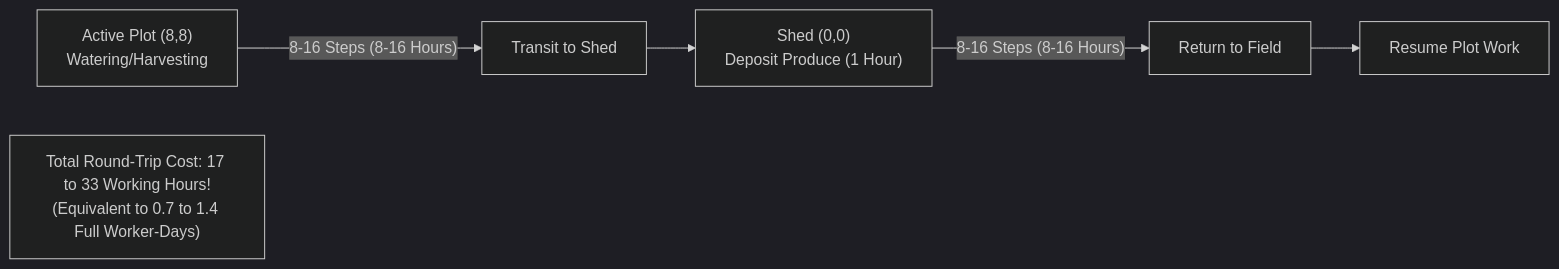
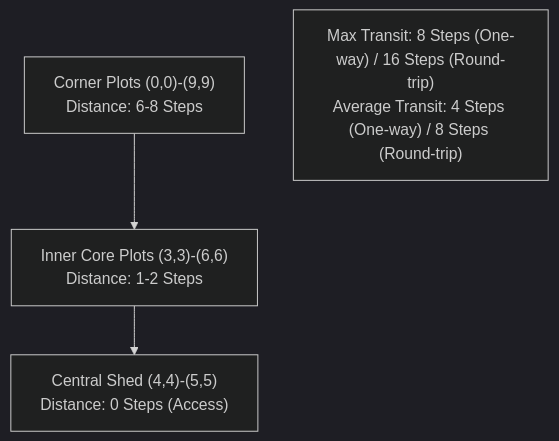
Before and after one commit to aaryasj0310-stack/farm: the diagram in docs/p61c_worker_deposit_feasibility.md, drawn with Mermaid (dark theme). The commit also changed other lines of this file and 10 other files, not shown here.

````diff
--- a/docs/p61c_worker_deposit_feasibility.md
+++ b/docs/p61c_worker_deposit_feasibility.md
@@ -36,9 +35,7 @@
 ```mermaid
-flowchart LR
-    Field["Active Plot (8,8)<br/>Watering/Harvesting"] -- "8-16 Steps (8-16 Hours)" --> TransitIn["Transit to Shed"]
-    TransitIn --> Shed["Shed (0,0)<br/>Deposit Produce (1 Hour)"]
-    Shed -- "8-16 Steps (8-16 Hours)" --> TransitOut["Return to Field"]
-    TransitOut --> FieldResumed["Resume Plot Work"]
+flowchart TD
+    Corner["Corner Plots (0,0)-(9,9)<br/>Distance: 6-8 Steps"] --> Core
+    Core["Inner Core Plots (3,3)-(6,6)<br/>Distance: 1-2 Steps"] --> Shed["Central Shed (4,4)-(5,5)<br/>Distance: 0 Steps (Access)"]
     
-    note["Total Round-Trip Cost: 17 to 33 Working Hours!<br/>(Equivalent to 0.7 to 1.4 Full Worker-Days)"]
+    note["Max Transit: 8 Steps (One-way) / 16 Steps (Round-trip)<br/>Average Transit: 4 Steps (One-way) / 8 Steps (Round-trip)"]
 ```
````
